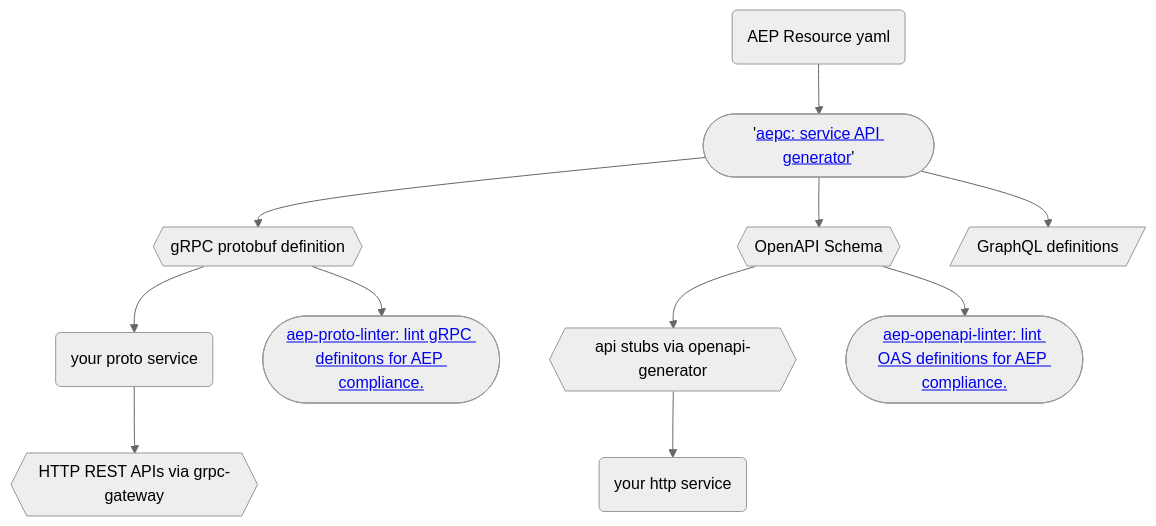
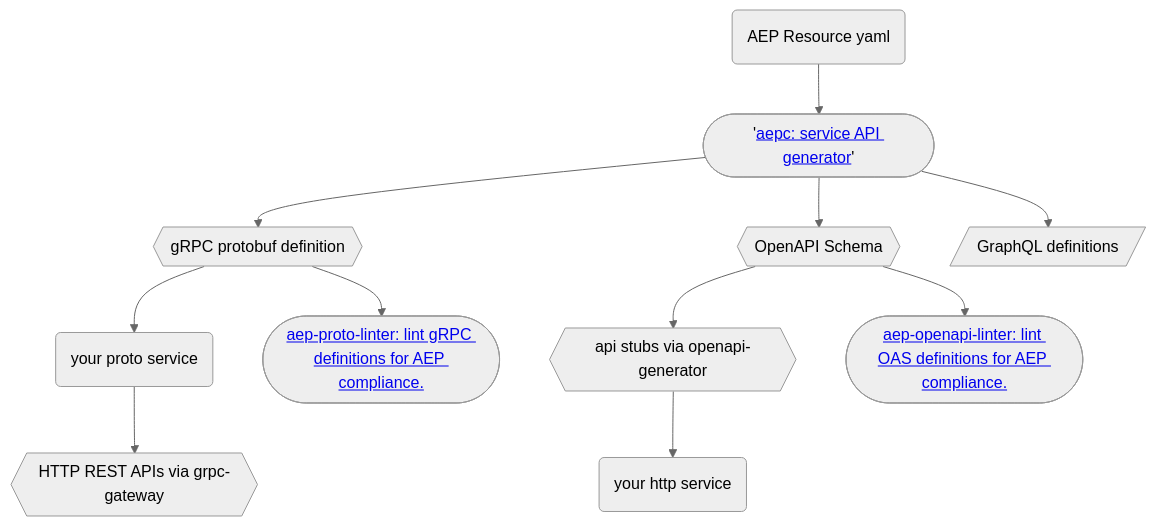
One commit to aep-dev/aeps changed the second of 3 diagrams in pages/general/tooling-and-ecosystem.md. Above: the diagram before and after it, drawn with Mermaid (neutral theme). The commit also changed other lines of this file, not shown here.

````diff
--- a/pages/general/tooling-and-ecosystem.md
+++ b/pages/general/tooling-and-ecosystem.md
@@ -25,14 +77,14 @@
 ```mermaid
 flowchart TD
     resources("AEP Resource yaml")
     resources --> hub(['<a href="https://github.com/aep-dev/aepc">aepc: service API generator</a>'])
     hub --> proto{{"gRPC protobuf definition"}}
     hub --> openapi{{"OpenAPI Schema"}}
     hub --> graphql[/GraphQL definitions/]
     proto --> proto-service(your proto service)
     proto-service --> http-grpc{{"HTTP REST APIs via grpc-gateway"}}
-    proto --> proto-linter([<a href="https://github.com/aep-dev/api-linter">aep-proto-linter: lint gRPC definitons for AEP compliance.</a>])
+    proto --> proto-linter([<a href="https://github.com/aep-dev/api-linter">aep-proto-linter: lint gRPC definitions for AEP compliance.</a>])
     openapi --> http-generated{{api stubs via openapi-generator}}
     openapi --> oas-linter([<a href="https://github.com/aep-dev/aep-openapi-linter">aep-openapi-linter: lint OAS definitions for AEP compliance.</a>])
     http-generated --> http-service(your http service)
 ```
````
